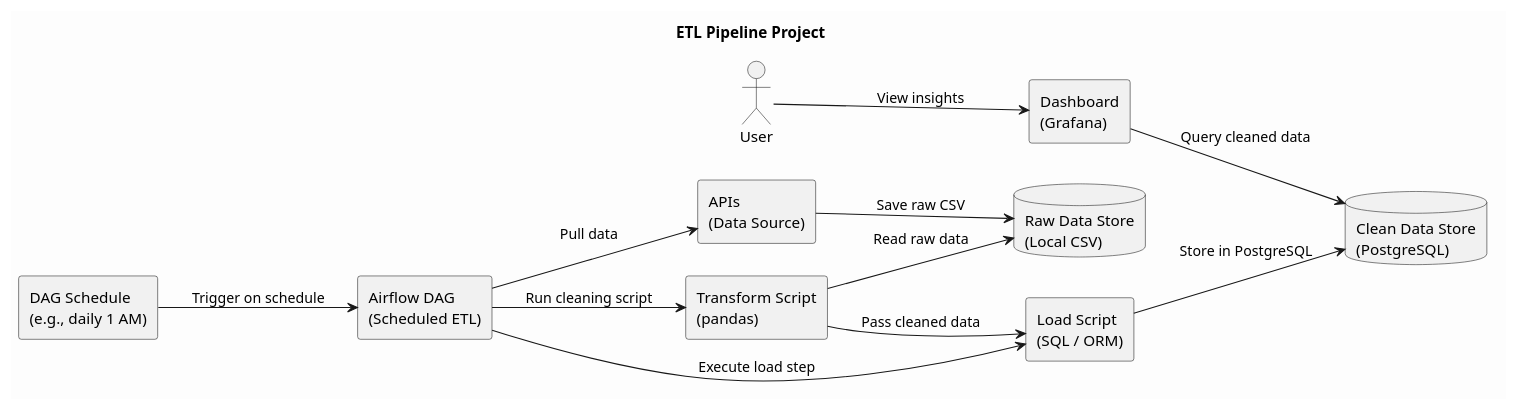
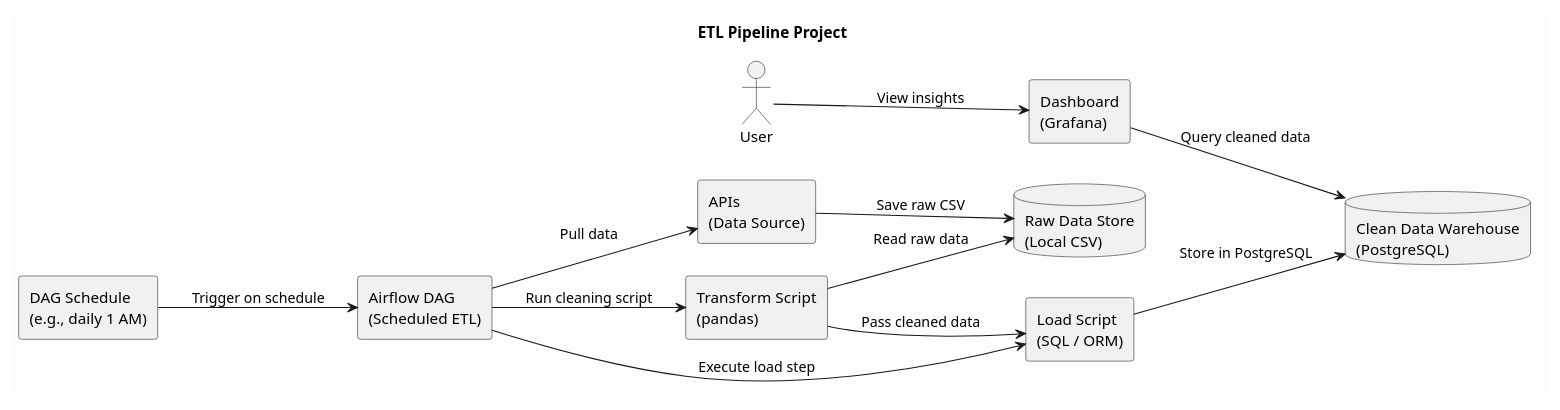
One commit to Jkamin0/ETL-Project changed the diagram in Design/pipeline.puml. Above: the diagram before and after it, drawn with PlantUML. The commit also changed 2 other files, not shown here.

```diff
--- a/Design/pipeline.puml
+++ b/Design/pipeline.puml
@@ -1,35 +1,35 @@
 @startuml test
 skinparam backgroundColor #fdfdfd
 skinparam shadowing false
 skinparam componentStyle rectangle
 left to right direction
 skinparam nodesep 30
 
 title ETL Pipeline Project
 
 actor "User" as User
 
 component "Airflow DAG\n(Scheduled ETL)" as Airflow
 component "APIs \n(Data Source)" as Source
 database "Raw Data Store\n(Local CSV)" as RawStore
 component "Transform Script\n(pandas)" as Transform
 component "Load Script\n(SQL / ORM)" as Loader
-database "Clean Data Store\n(PostgreSQL)" as CleanStore
+database "Clean Data Warehouse\n(PostgreSQL)" as DataWarehouse
 component "Dashboard\n(Grafana)" as Dashboard
 component "DAG Schedule\n(e.g., daily 1 AM)" as Schedule
 
 Schedule --> Airflow : Trigger on schedule
 Airflow --> Source : Pull data
 Source --> RawStore : Save raw CSV
 
 Airflow --> Transform : Run cleaning script
 Transform --> RawStore : Read raw data
 Transform --> Loader : Pass cleaned data
 
 Airflow --> Loader : Execute load step
-Loader --> CleanStore : Store in PostgreSQL
+Loader --> DataWarehouse : Store in PostgreSQL
 
-Dashboard --> CleanStore : Query cleaned data
+Dashboard --> DataWarehouse : Query cleaned data
 User --> Dashboard : View insights
 
 @enduml
```
